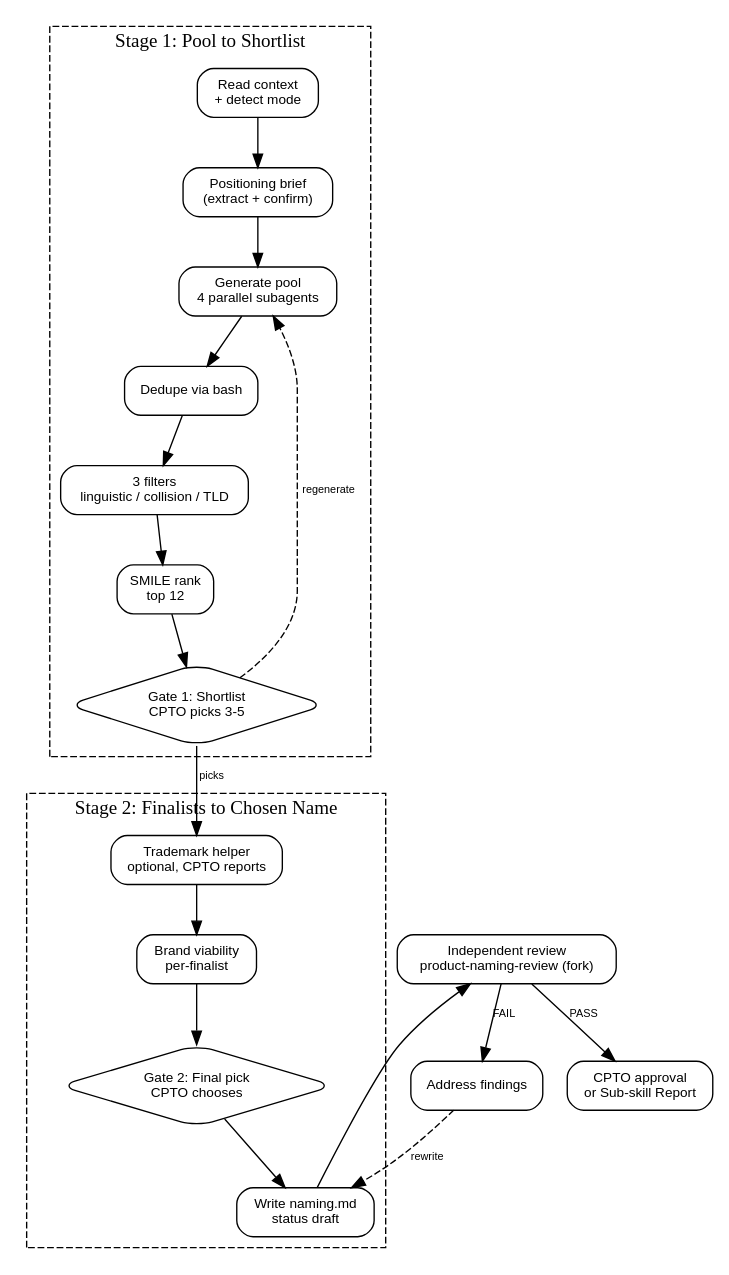
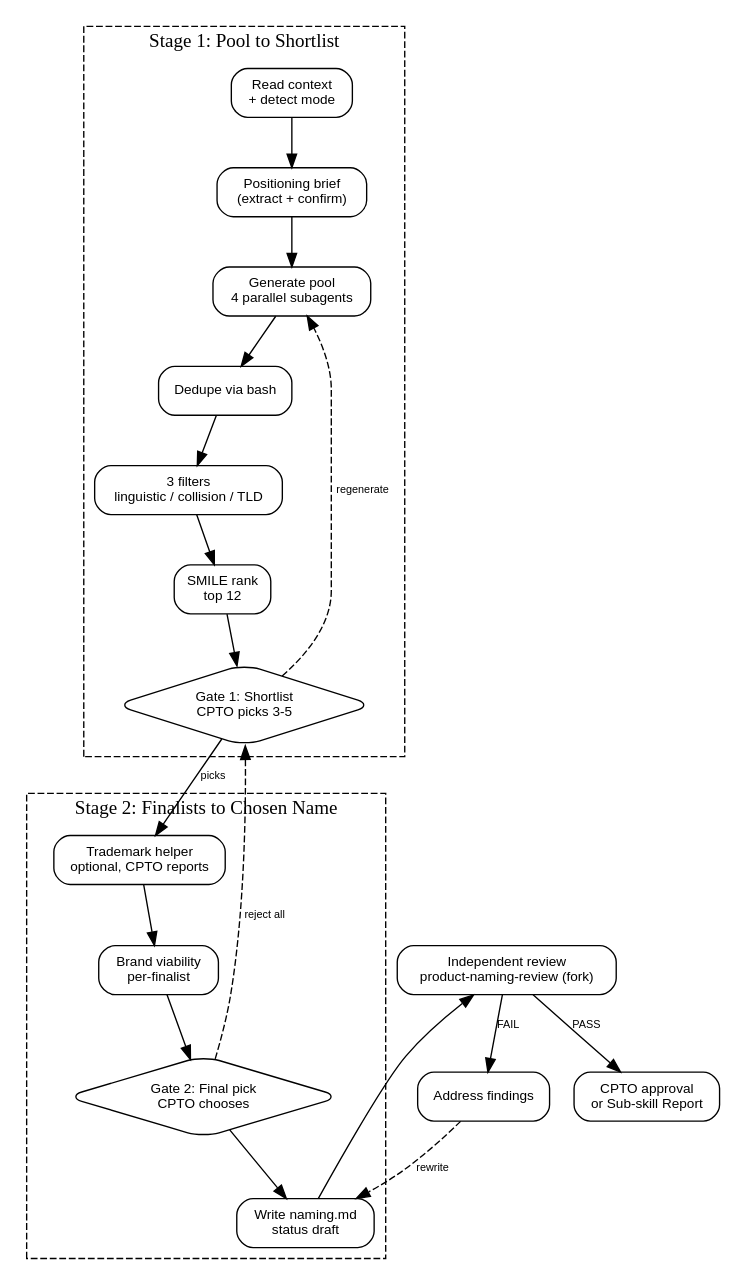
The diagram in squad/skills/product-naming/SKILL.md (dimdasci/squad), drawn with Graphviz before and after one commit. The commit also changed other lines of this file, not shown here.

````diff
--- a/squad/skills/product-naming/SKILL.md
+++ b/squad/skills/product-naming/SKILL.md
@@ -55,40 +51,41 @@
 ```dot
 digraph product_naming {
   rankdir=TB
   node [fontname="Helvetica" fontsize=10 shape=box style="rounded"]
   edge [fontname="Helvetica" fontsize=8]
 
   subgraph cluster_stage1 {
     label="Stage 1: Pool to Shortlist"
     style=dashed
     read [label="Read context\n+ detect mode"]
     positioning [label="Positioning brief\n(extract + confirm)"]
     generate [label="Generate pool\n4 parallel subagents"]
     dedupe [label="Dedupe via bash"]
     filters [label="3 filters\nlinguistic / collision / TLD"]
     rank [label="SMILE rank\ntop 12"]
     gate1 [label="Gate 1: Shortlist\nCPTO picks 3-5", shape=diamond]
   }
 
   subgraph cluster_stage2 {
     label="Stage 2: Finalists to Chosen Name"
     style=dashed
     trademark [label="Trademark helper\noptional, CPTO reports"]
     writeup [label="Brand viability\nper-finalist"]
     gate2 [label="Gate 2: Final pick\nCPTO chooses", shape=diamond]
     write [label="Write naming.md\nstatus draft"]
   }
 
   review [label="Independent review\nproduct-naming-review (fork)"]
   fix [label="Address findings"]
   approve [label="CPTO approval\nor Sub-skill Report"]
 
   read -> positioning -> generate -> dedupe -> filters -> rank -> gate1
   gate1 -> trademark [label="picks"]
   gate1 -> generate [style=dashed label="regenerate"]
   trademark -> writeup -> gate2 -> write -> review
+  gate2 -> gate1 [style=dashed label="reject all"]
   review -> fix [label="FAIL"]
   fix -> write [style=dashed label="rewrite"]
   review -> approve [label="PASS"]
 }
 ```
````
